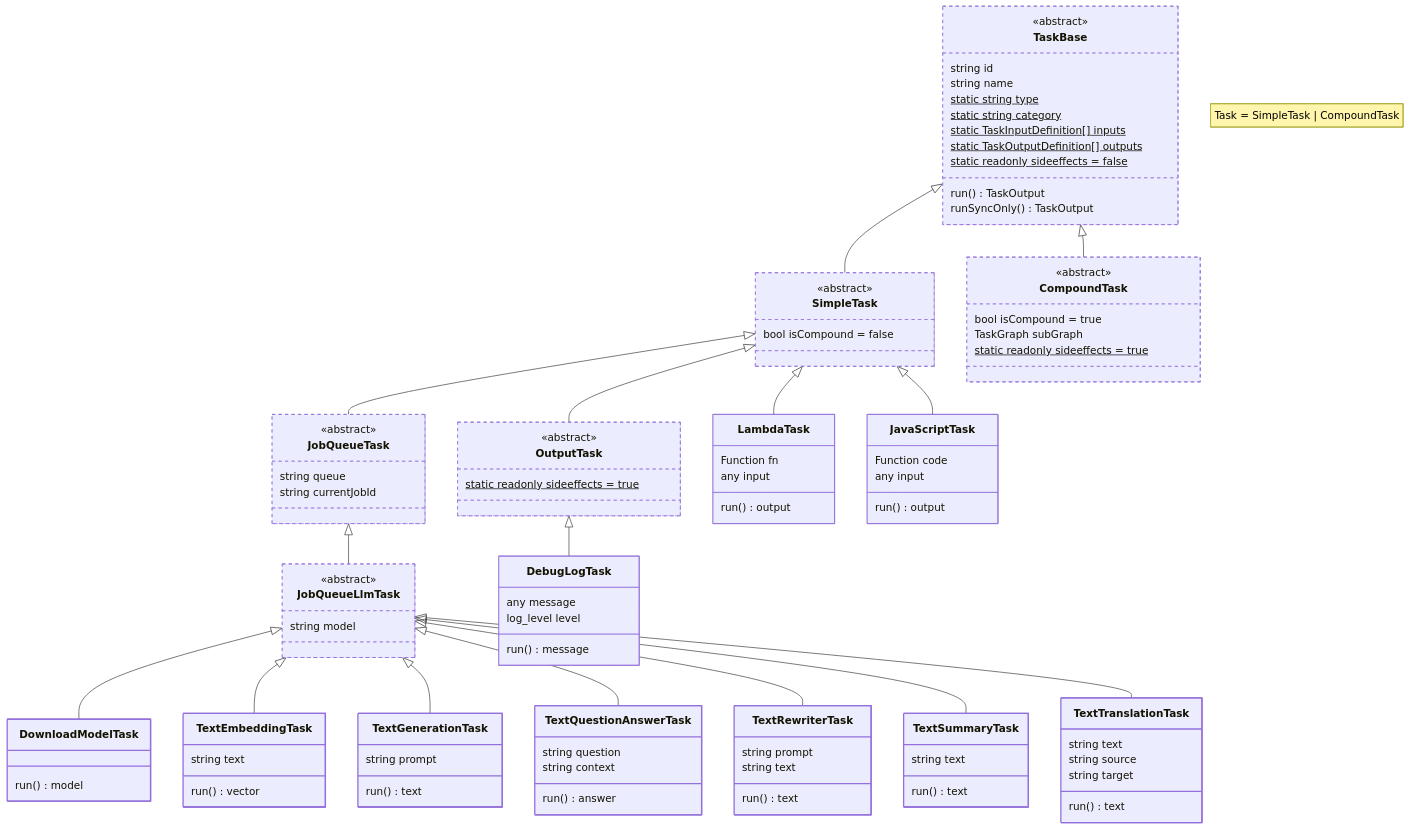
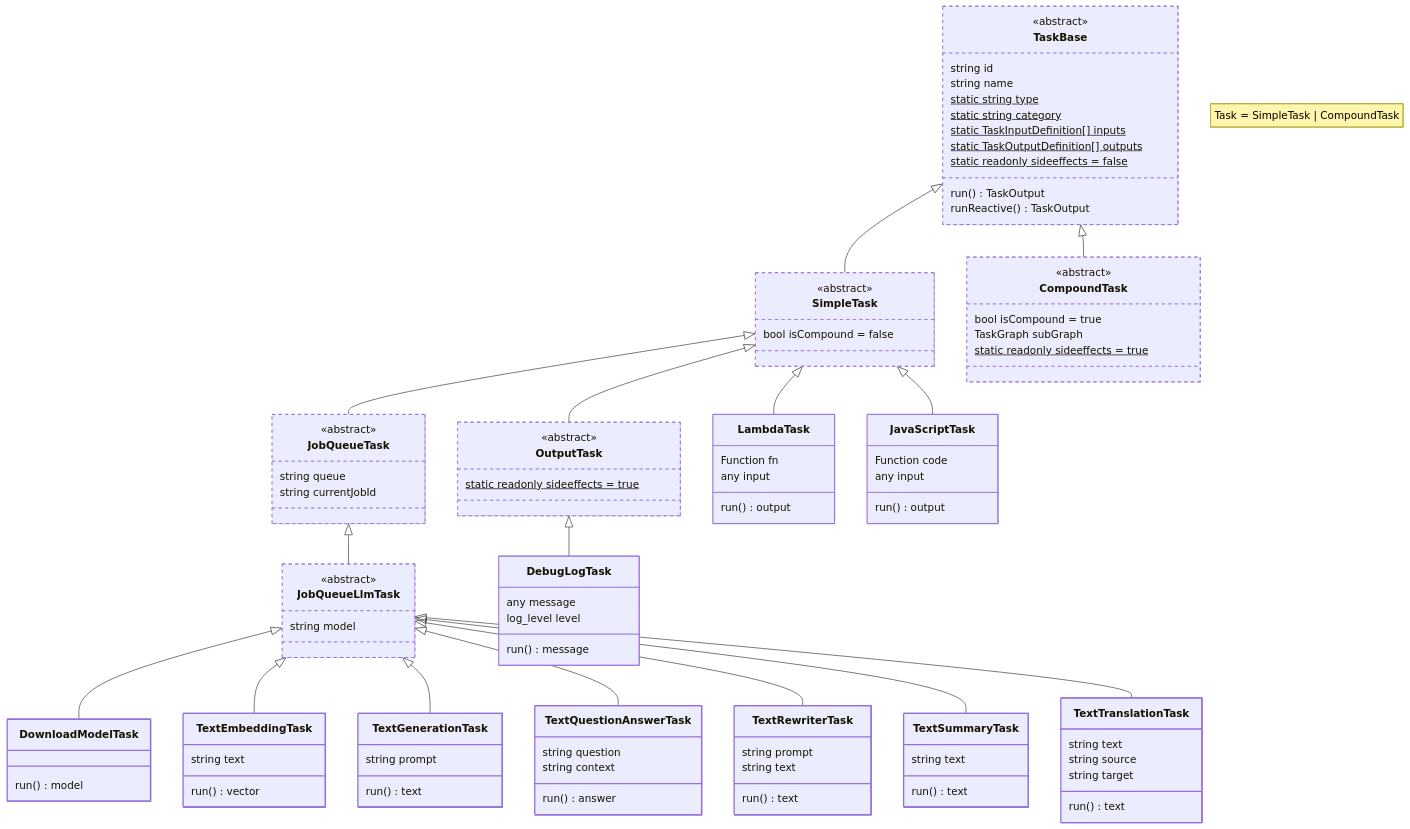
Before and after one commit to sroussey/ellmers: the second of 5 diagrams in docs/developers/02_architecture.md, drawn with Mermaid. The commit also changed 21 other files, not shown here.

First line of the commit message:
refactor: rename runSyncOnly to runReactive

```diff
--- a/docs/developers/02_architecture.md
+++ b/docs/developers/02_architecture.md
@@ -123,7 +123,7 @@
       static TaskOutputDefinition[] outputs$
       static readonly sideeffects = false$
       run() TaskOutput
-      runSyncOnly() TaskOutput
+      runReactive() TaskOutput
     }
     <<abstract>> TaskBase
     style TaskBase type:abstract,stroke-dasharray: 5 5
```
